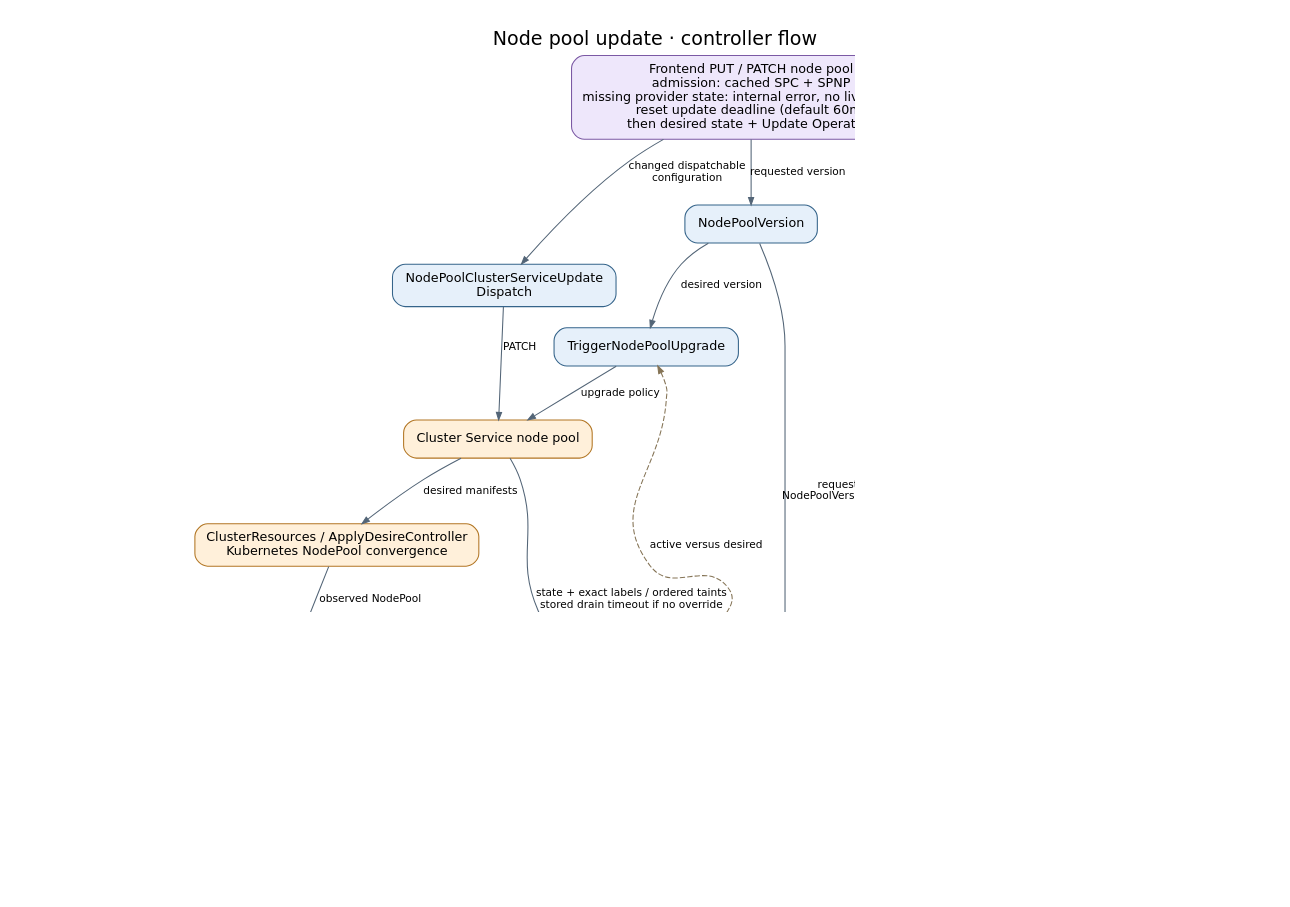
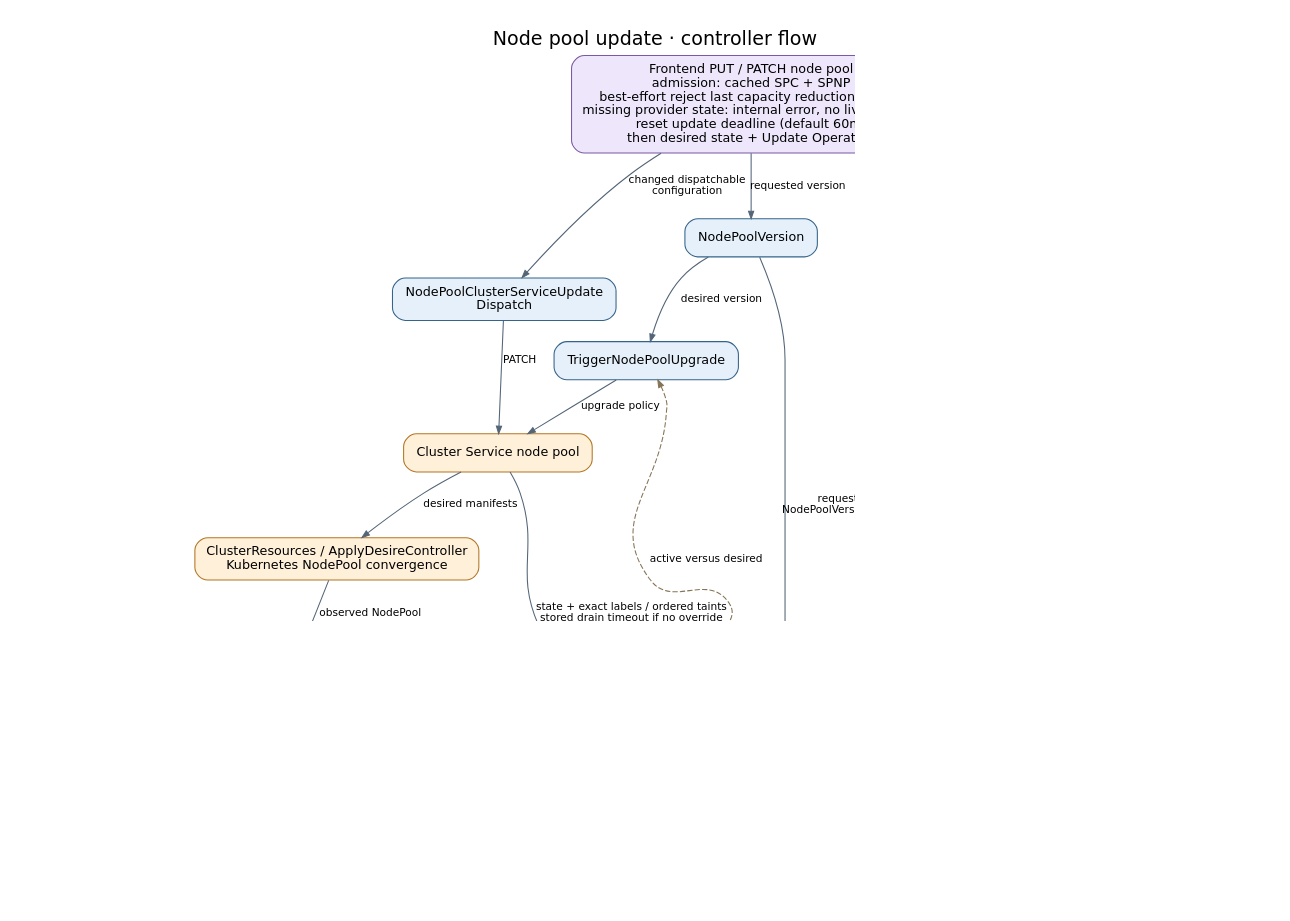
One commit to Azure/ARO-HCP changed the diagram in docs/generated/diagrams/controller-flows/nodepool-update.dot. Above: the diagram before and after it, drawn with Graphviz. The commit also changed 24 other files, not shown here.

```diff
--- a/docs/generated/diagrams/controller-flows/nodepool-update.dot
+++ b/docs/generated/diagrams/controller-flows/nodepool-update.dot
@@ -1,32 +1,32 @@
 digraph nodepool_update {
   graph [rankdir=TB, bgcolor="white", pad="0.3", nodesep="0.4", ranksep="0.55", fontname="DejaVu Sans", fontsize=18, labelloc=t, label="Node pool update · controller flow", dpi=110];
   node [shape=box, style="rounded,filled", fillcolor="#e6f0fa", color="#35648a", fontname="DejaVu Sans", fontsize=12, margin="0.16,0.10"];
   edge [color="#536577", fontname="DejaVu Sans", fontsize=10, arrowsize=0.7];
-  api [label="Frontend PUT / PATCH node pool\nadmission: cached SPC + SPNP\nmissing provider state: internal error, no live fallback\nreset update deadline (default 60m)\nthen desired state + Update Operation", fillcolor="#eee7fb", color="#7b59a4"];
+  api [label="Frontend PUT / PATCH node pool\nadmission: cached SPC + SPNP\nbest-effort reject last capacity reduction to zero\nmissing provider state: internal error, no live fallback\nreset update deadline (default 60m)\nthen desired state + Update Operation", fillcolor="#eee7fb", color="#7b59a4"];
   dispatch [label="NodePoolClusterServiceUpdate\nDispatch", fillcolor="#e6f0fa", color="#35648a"];
   version [label="NodePoolVersion", fillcolor="#e6f0fa", color="#35648a"];
   upgrade [label="TriggerNodePoolUpgrade", fillcolor="#e6f0fa", color="#35648a"];
   cs [label="Cluster Service node pool", fillcolor="#fff0da", color="#b27624"];
   kube [label="ClusterResources / ApplyDesireController\nKubernetes NodePool convergence", fillcolor="#fff0da", color="#b27624"];
   mirror [label="ReadDesireKubernetesController", fillcolor="#e6f0fa", color="#35648a"];
   active [label="NodePoolActiveVersions", fillcolor="#e6f0fa", color="#35648a"];
   op [label="OperationNodePoolUpdate\nmatching operation; nondeleting + CS ID\nno direct installed-version gate", fillcolor="#e6f0fa", color="#35648a"];
   done [label="ARM operation terminal state", fillcolor="#e4f2e5", color="#4c8053"];
   api -> dispatch [label="changed dispatchable\nconfiguration"];
   api -> version [label="requested version"];
   version -> upgrade [label="desired version"];
   version -> op [label="requested / resolved equality; mismatch:\nNodePoolVersion IntentFailed + conditional 129s timer"];
   dispatch -> cs [label="PATCH"];
   upgrade -> cs [label="upgrade policy"];
   cs -> kube [label="desired manifests"];
   kube -> mirror [label="observed NodePool"];
   mirror -> active [label="observed version"];
   api -> op [label="UpdateOperationCompletionDeadline"];
   cs -> op [label="state + exact labels / ordered taints\nstored drain timeout if no override"];
   mirror -> op [label="label / taint subsets + scaling / drain spec\nreplicas + health (skip health at fixed zero)"];
   op -> done [label="completion / failure checks;\npending past deadline: selected code + reasons;\nonly InternalServerError becomes DeadlineExceeded"];
   observed [label="Customer resource Status.ActiveVersions\nfull OCP versions", fillcolor="#e4f2e5", color="#4c8053"];
   active -> observed [label="separate Cosmos replace"];
   active -> upgrade [label="active versus desired", style=dashed, color="#857456", constraint=false];
   op -> op [label="pending: poll again", style=dashed, color="#857456", constraint=false];
 }
```
